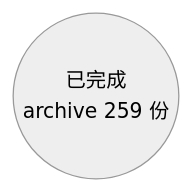
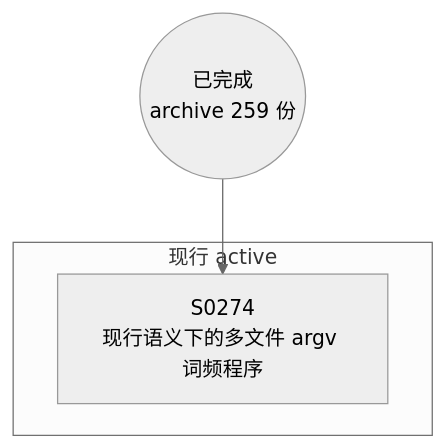
The diagram in docs/specs/dependency-graph.md (Halckon/Koven), drawn with Mermaid (neutral theme) before and after one commit. The commit also changed other lines of this file and 8 other files, not shown here.

````diff
--- a/docs/specs/dependency-graph.md
+++ b/docs/specs/dependency-graph.md
@@ -9,4 +9,8 @@
 ```mermaid
 flowchart TD
 ARCH(("已完成<br/>archive 259 份"))
+subgraph Gactive["现行 active"]
+  S0274["S0274<br/>现行语义下的多文件 argv 词频程序"]
+end
+ARCH --> S0274
 ```
````
